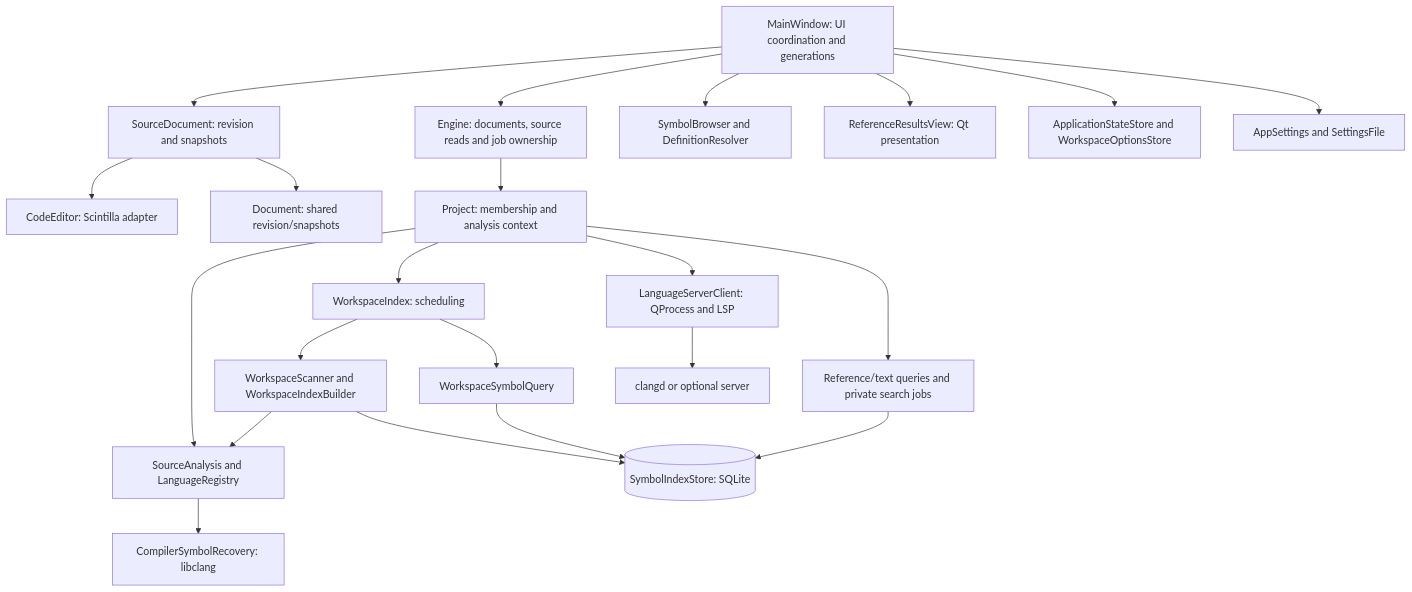
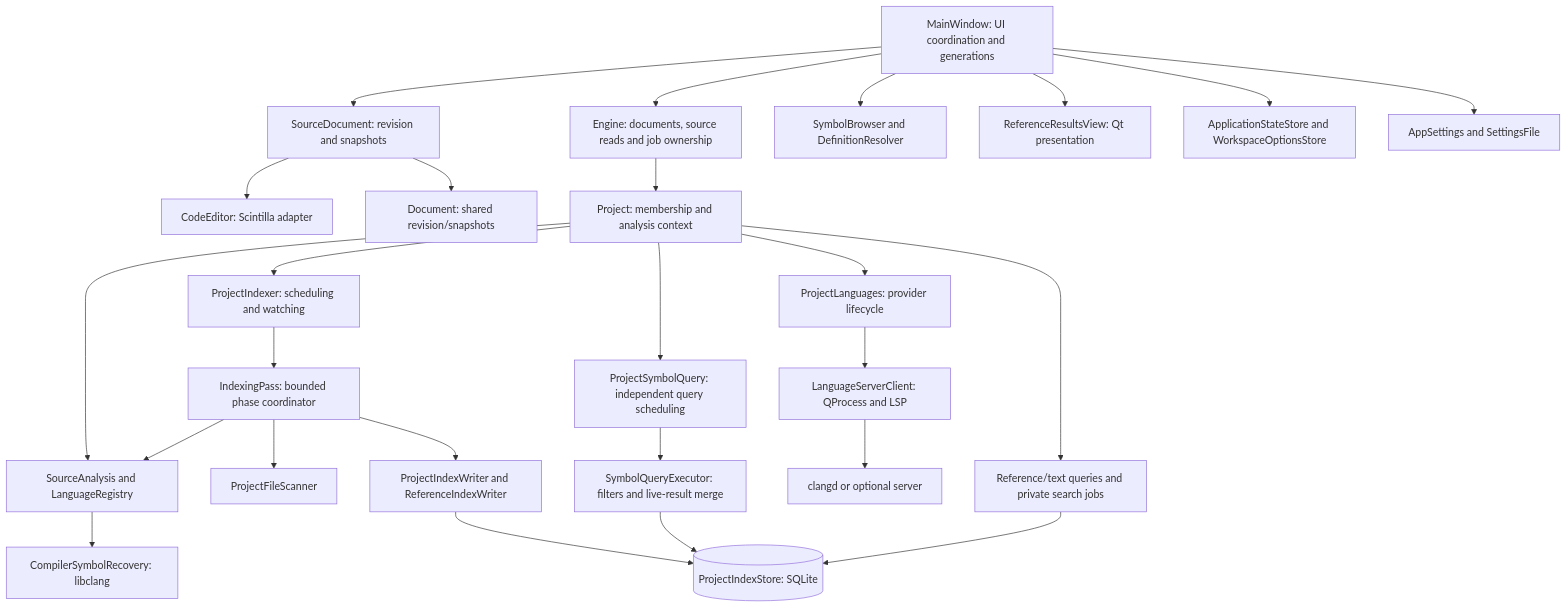
The first of 4 diagrams in docs/DEVELOPER_GUIDE.md (deepak-rawat/codecairn), drawn with Mermaid before and after one commit. The commit also changed other lines of this file and 38 other files, not shown here.

Commit message:
Redesign project indexing and persistence internals

````diff
--- a/docs/DEVELOPER_GUIDE.md
+++ b/docs/DEVELOPER_GUIDE.md
@@ -158,24 +158,28 @@
 ```mermaid
 flowchart TD
     UI["MainWindow: UI coordination and generations"] --> DOC["SourceDocument: revision and snapshots"]
     DOC --> EDIT["CodeEditor: Scintilla adapter"]
     DOC --> TEXT["Document: shared revision/snapshots"]
     UI --> ENGINE["Engine: documents, source reads and job ownership"]
     ENGINE --> SERVICES["Project: membership and analysis context"]
     SERVICES --> PARSE["SourceAnalysis and LanguageRegistry"]
     PARSE --> COMP["CompilerSymbolRecovery: libclang"]
-    SERVICES --> INDEX["WorkspaceIndex: scheduling"]
-    INDEX --> BUILD["WorkspaceScanner and WorkspaceIndexBuilder"]
-    INDEX --> QUERY["WorkspaceSymbolQuery"]
+    SERVICES --> INDEX["ProjectIndexer: scheduling and watching"]
+    INDEX --> BUILD["IndexingPass: bounded phase coordinator"]
+    BUILD --> SCAN["ProjectFileScanner"]
+    SERVICES --> QUERY["ProjectSymbolQuery: independent query scheduling"]
+    QUERY --> SQLQUERY["SymbolQueryExecutor: filters and live-result merge"]
     BUILD --> PARSE
-    BUILD --> DB[("SymbolIndexStore: SQLite")]
-    QUERY --> DB
-    SERVICES --> LSP["LanguageServerClient: QProcess and LSP"]
+    BUILD --> WRITE["ProjectIndexWriter and ReferenceIndexWriter"]
+    WRITE --> DB[("ProjectIndexStore: SQLite")]
+    SQLQUERY --> DB
+    SERVICES --> LANG["ProjectLanguages: provider lifecycle"]
+    LANG --> LSP["LanguageServerClient: QProcess and LSP"]
     LSP --> SERVER["clangd or optional server"]
     UI --> BROWSER["SymbolBrowser and DefinitionResolver"]
     SERVICES --> REFS["Reference/text queries and private search jobs"]
     REFS --> DB
     UI --> RESULTS["ReferenceResultsView: Qt presentation"]
     UI --> STATE["ApplicationStateStore and WorkspaceOptionsStore"]
     UI --> SETTINGS["AppSettings and SettingsFile"]
 ```
````
